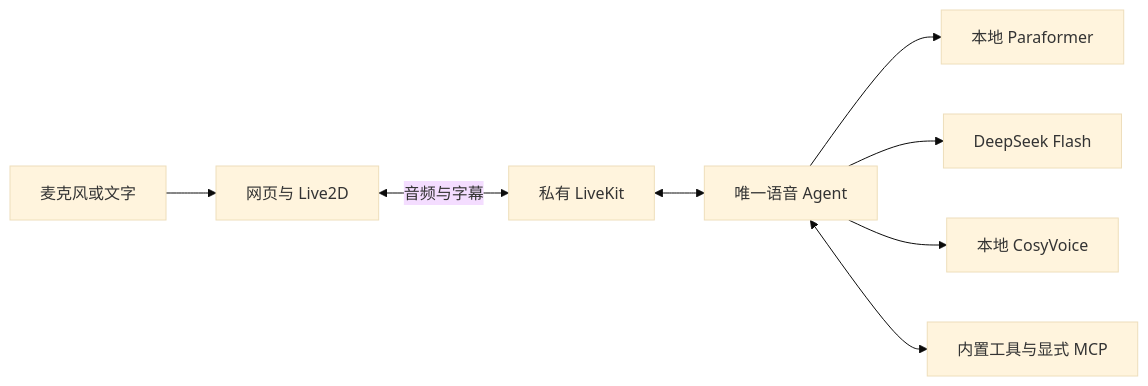
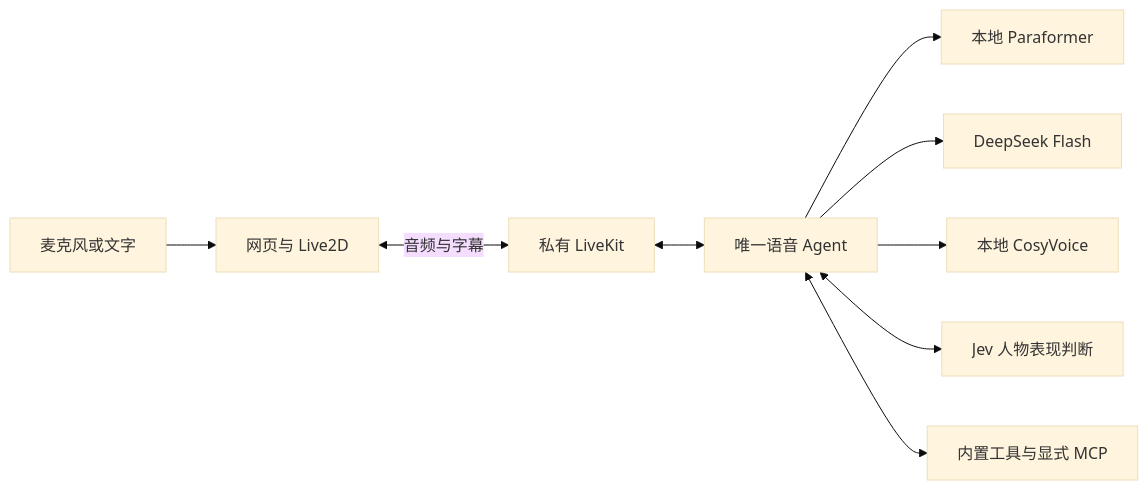
The diagram in README.md (kongweiguang/xiaoya), drawn with Mermaid (base theme) before and after one commit. The commit also changed other lines of this file and 62 other files, not shown here.

````diff
--- a/README.md
+++ b/README.md
@@ -93,10 +96,11 @@
 ```mermaid
 flowchart LR
     User[麦克风或文字] --> Web[网页与 Live2D]
     Web <-->|音频与字幕| LiveKit[私有 LiveKit]
     LiveKit <--> Agent[唯一语音 Agent]
     Agent --> STT[本地 Paraformer]
     Agent --> LLM[DeepSeek Flash]
     Agent --> TTS[本地 CosyVoice]
+    Agent <--> Jev[Jev 人物表现判断]
     Agent <--> Tools[内置工具与显式 MCP]
 ```
````
